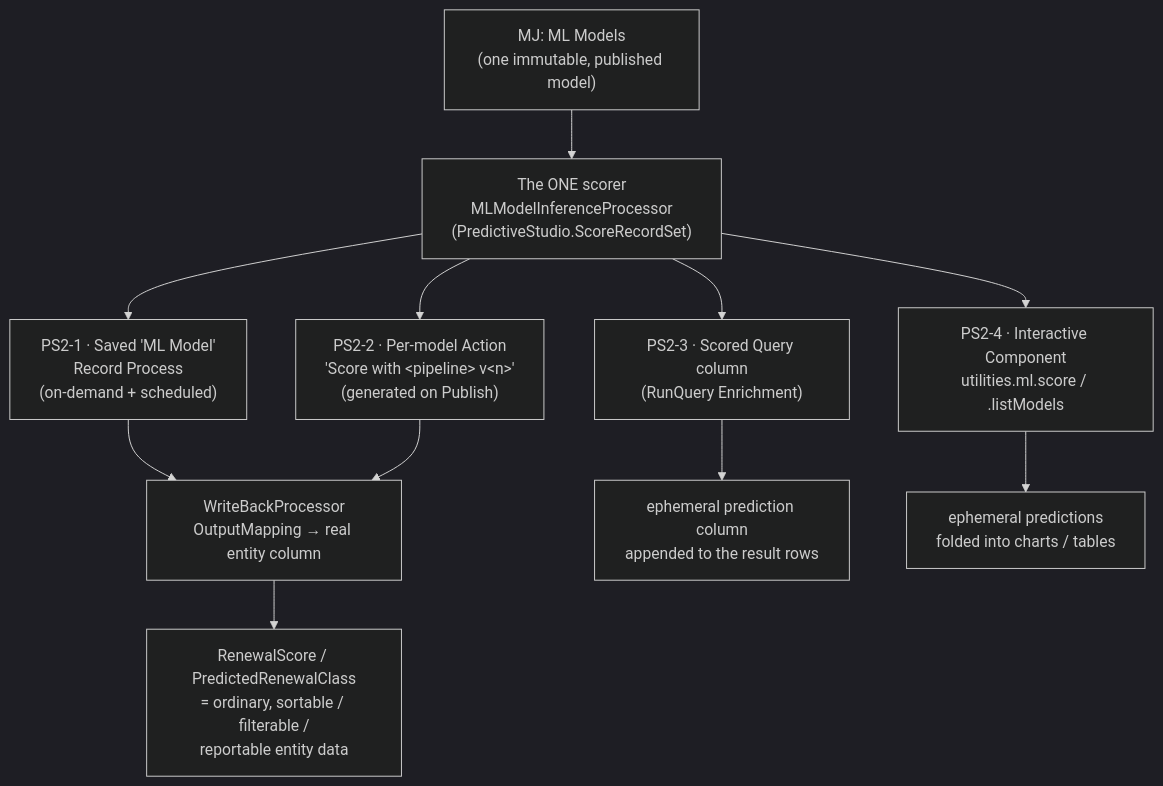
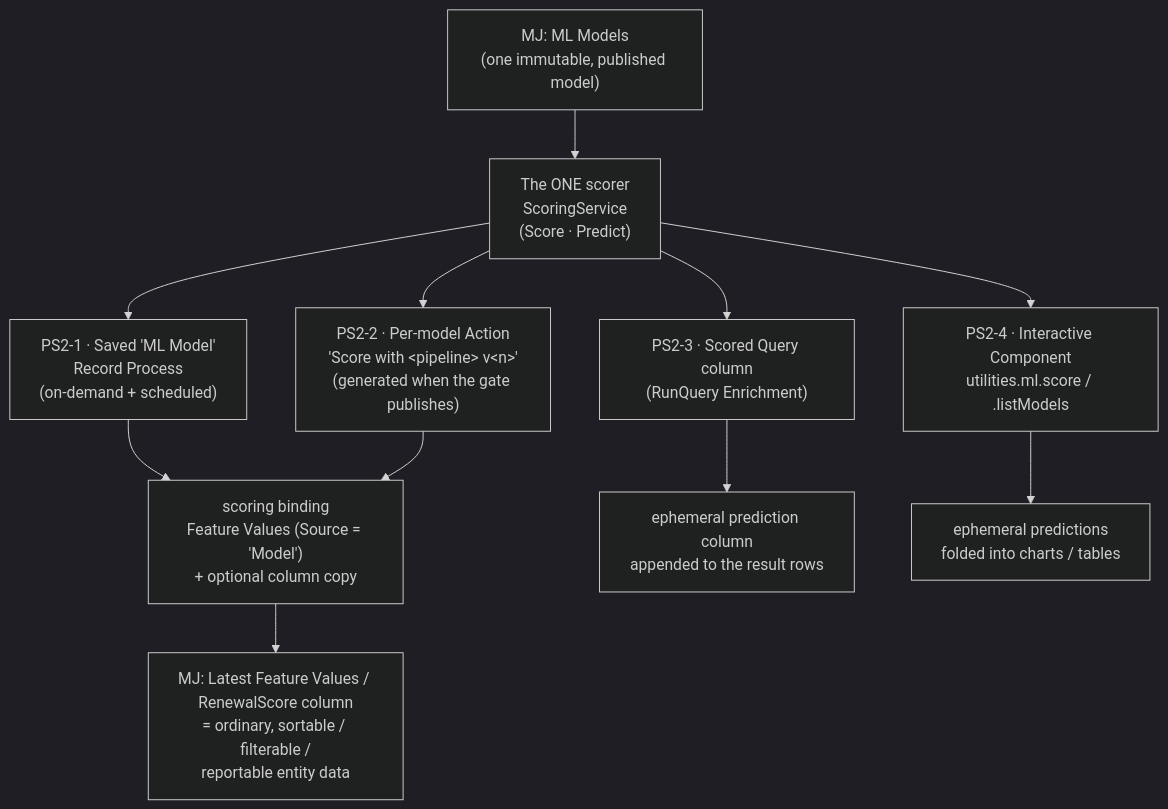
Diagram 11 of 13 in guides/PREDICTIVE_STUDIO_GUIDE.md (MemberJunction/MJ), drawn with Mermaid (dark theme) before and after one commit. The commit also changed other lines of this file and 1 other file, not shown here.

````diff
--- a/guides/PREDICTIVE_STUDIO_GUIDE.md
+++ b/guides/PREDICTIVE_STUDIO_GUIDE.md
@@ -974,16 +1088,16 @@
 ```mermaid
 flowchart TB
     M["MJ: ML Models<br/>(one immutable, published model)"]
-    M --> SC["The ONE scorer<br/>MLModelInferenceProcessor<br/>(PredictiveStudio.ScoreRecordSet)"]
+    M --> SC["The ONE scorer<br/>ScoringService<br/>(Score · Predict)"]
 
     SC --> RP["PS2-1 · Saved 'ML Model'<br/>Record Process<br/>(on-demand + scheduled)"]
-    SC --> ACT["PS2-2 · Per-model Action<br/>'Score with &lt;pipeline&gt; v&lt;n&gt;'<br/>(generated on Publish)"]
+    SC --> ACT["PS2-2 · Per-model Action<br/>'Score with &lt;pipeline&gt; v&lt;n&gt;'<br/>(generated when the gate publishes)"]
     SC --> QRY["PS2-3 · Scored Query column<br/>(RunQuery Enrichment)"]
     SC --> IC["PS2-4 · Interactive Component<br/>utilities.ml.score / .listModels"]
 
-    RP --> WB["WriteBackProcessor<br/>OutputMapping → real entity column"]
+    RP --> WB["scoring binding<br/>Feature Values (Source = 'Model')<br/>+ optional column copy"]
     ACT --> WB
     QRY --> EPH1["ephemeral prediction column<br/>appended to the result rows"]
     IC --> EPH2["ephemeral predictions<br/>folded into charts / tables"]
-    WB --> COL["RenewalScore / PredictedRenewalClass<br/>= ordinary, sortable / filterable /<br/>reportable entity data"]
+    WB --> COL["MJ: Latest Feature Values / RenewalScore column<br/>= ordinary, sortable / filterable /<br/>reportable entity data"]
 ```
````
